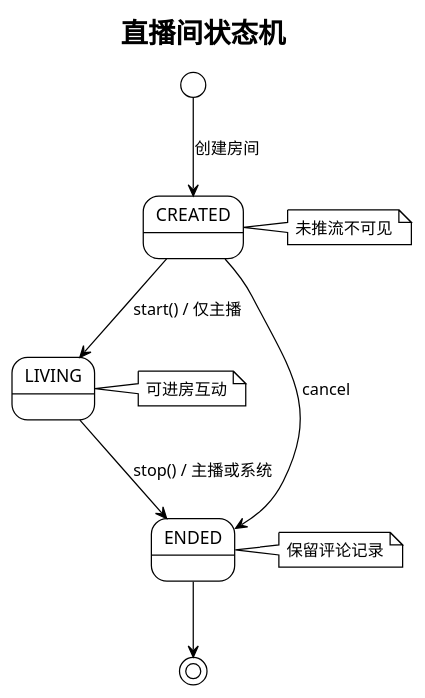
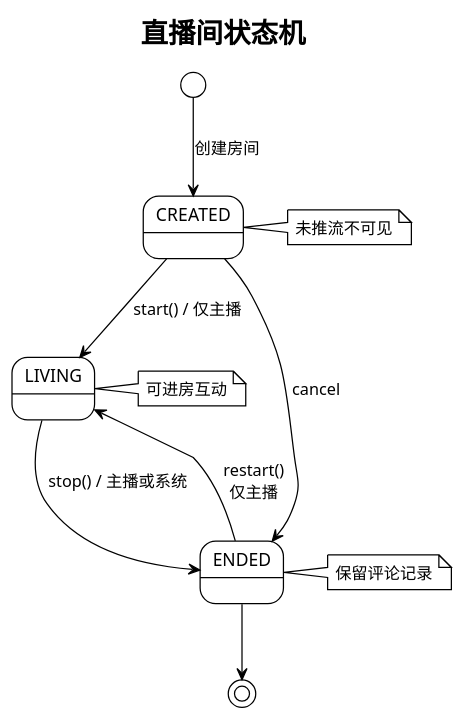
The diagram in docs/uml/room-lifecycle.puml (luyou-2023/live-platform), drawn with PlantUML before and after one commit. The commit also changed 6 other files, not shown here.

```diff
--- a/docs/uml/room-lifecycle.puml
+++ b/docs/uml/room-lifecycle.puml
@@ -1,14 +1,15 @@
 @startuml
 !theme plain
 title 直播间状态机
 
 [*] --> CREATED : 创建房间
 CREATED --> LIVING : start() / 仅主播
 LIVING --> ENDED : stop() / 主播或系统
 CREATED --> ENDED : cancel
+ENDED --> LIVING : restart()\n仅主播
 ENDED --> [*]
 
 note right of CREATED : 未推流不可见
 note right of LIVING : 可进房互动
 note right of ENDED : 保留评论记录
 @enduml
```
